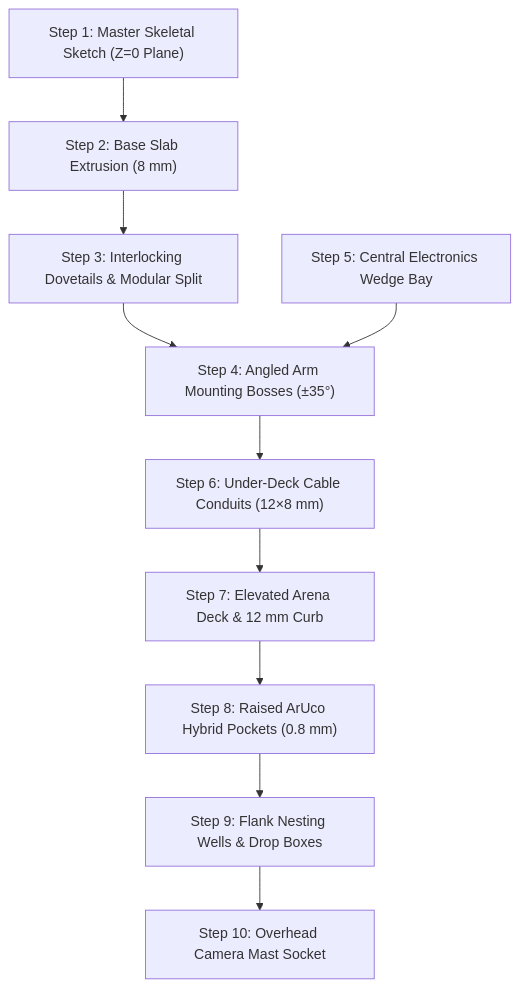
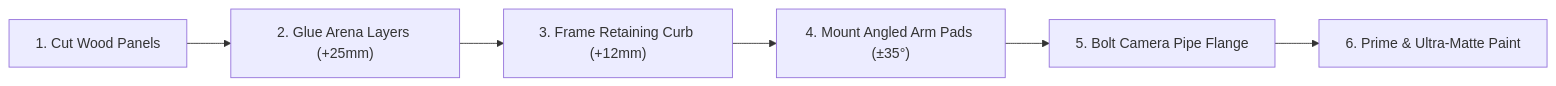
The diagram in docs/07_fusion360_cad_modeling_guide.md (ShubhamJain17r/Sem-5-mini-project), drawn with Mermaid before and after one commit. The commit also changed other lines of this file and 4 other files, not shown here.

Commit message:
docs(fabrication): simplify Stepping Stone 7 for wood build with 3D renders and cut list

````diff
--- a/docs/07_fusion360_cad_modeling_guide.md
+++ b/docs/07_fusion360_cad_modeling_guide.md
@@ -141,12 +121,8 @@
 ```mermaid
-graph TD
-    A["Step 1: Master Skeletal Sketch (Z=0 Plane)"] --> B["Step 2: Base Slab Extrusion (8 mm)"]
-    B --> C["Step 3: Interlocking Dovetails & Modular Split"]
-    C --> D["Step 4: Angled Arm Mounting Bosses (±35°)"]
-    E["Step 5: Central Electronics Wedge Bay"] --> D
-    D --> F["Step 6: Under-Deck Cable Conduits (12×8 mm)"]
-    F --> G["Step 7: Elevated Arena Deck & 12 mm Curb"]
-    G --> H["Step 8: Raised ArUco Hybrid Pockets (0.8 mm)"]
-    H --> I["Step 9: Flank Nesting Wells & Drop Boxes"]
-    I --> J["Step 10: Overhead Camera Mast Socket"]
+graph LR
+    A["1. Cut Wood Panels"] --> B["2. Glue Arena Layers (+25mm)"]
+    B --> C["3. Frame Retaining Curb (+12mm)"]
+    C --> D["4. Mount Angled Arm Pads (±35°)"]
+    D --> E["5. Bolt Camera Pipe Flange"]
+    E --> F["6. Prime & Ultra-Matte Paint"]
 ```
````
